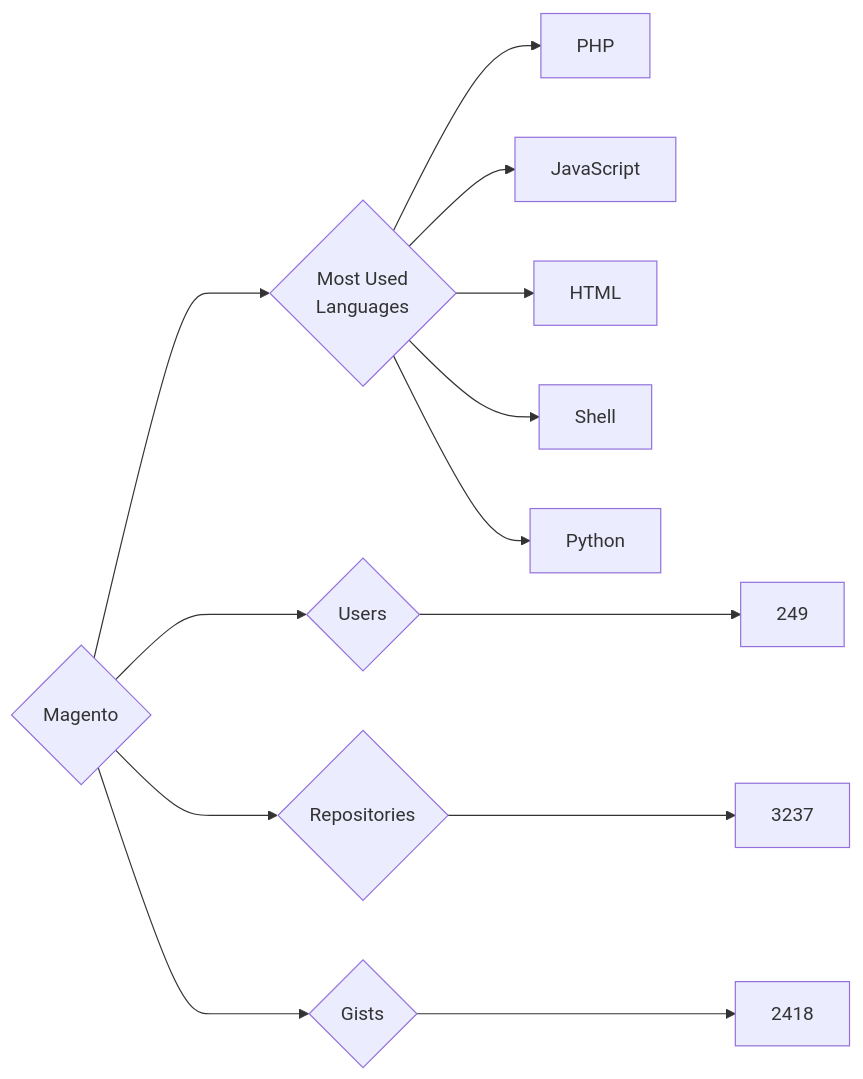
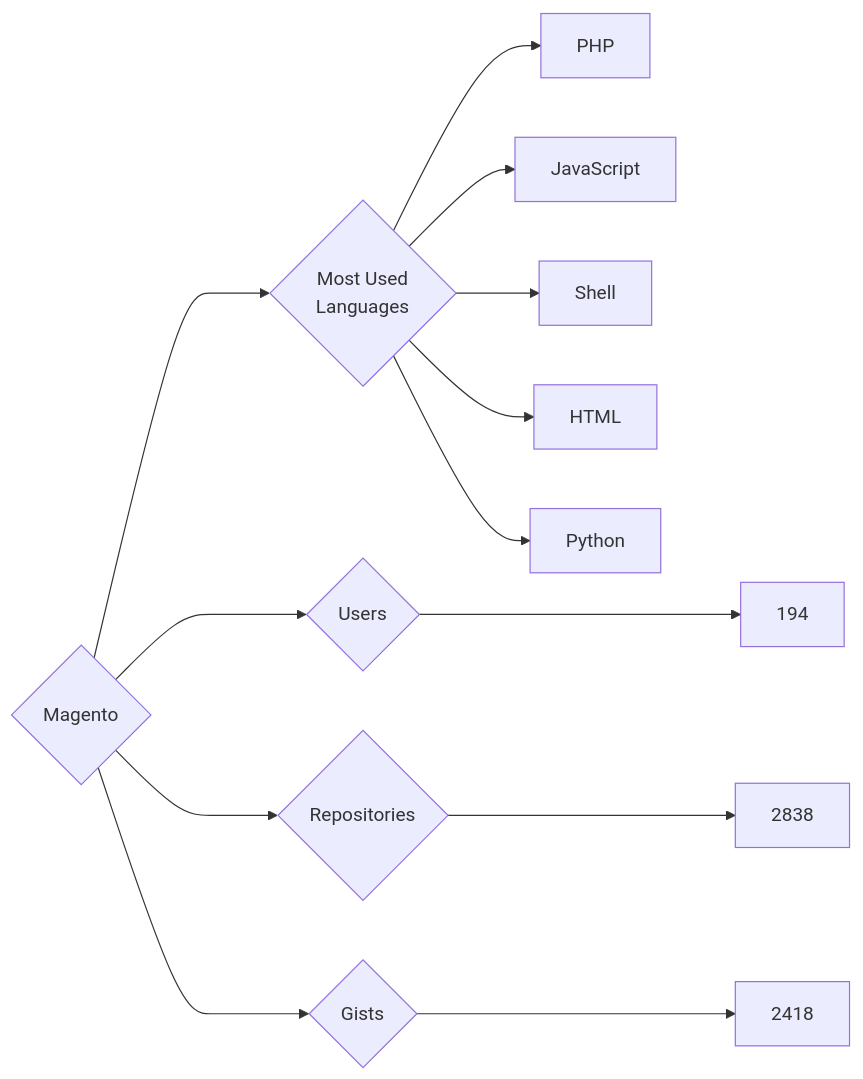
The diagram in targets/Magento/README.md (trickest/insiders), drawn with Mermaid before and after one commit. The commit also changed 748 other files, not shown here.

````diff
--- a/targets/Magento/README.md
+++ b/targets/Magento/README.md
@@ -3,13 +3,13 @@
 ```mermaid
 graph LR
 COMPANY_NAME{Magento}
-COMPANY_NAME ---> U{Users} ---> UN[249]
-COMPANY_NAME ---> R{Repositories} ---> RN[3237]
+COMPANY_NAME ---> U{Users} ---> UN[194]
+COMPANY_NAME ---> R{Repositories} ---> RN[2838]
 COMPANY_NAME ---> G{Gists} ---> GN[2418]
 COMPANY_NAME ---> ML{Most Used<br>Languages}
 ML --> PHP[PHP]
 ML --> JavaScript[JavaScript]
+ML --> Shell[Shell]
 ML --> HTML[HTML]
-ML --> Shell[Shell]
 ML --> Python[Python]
 ```
````
